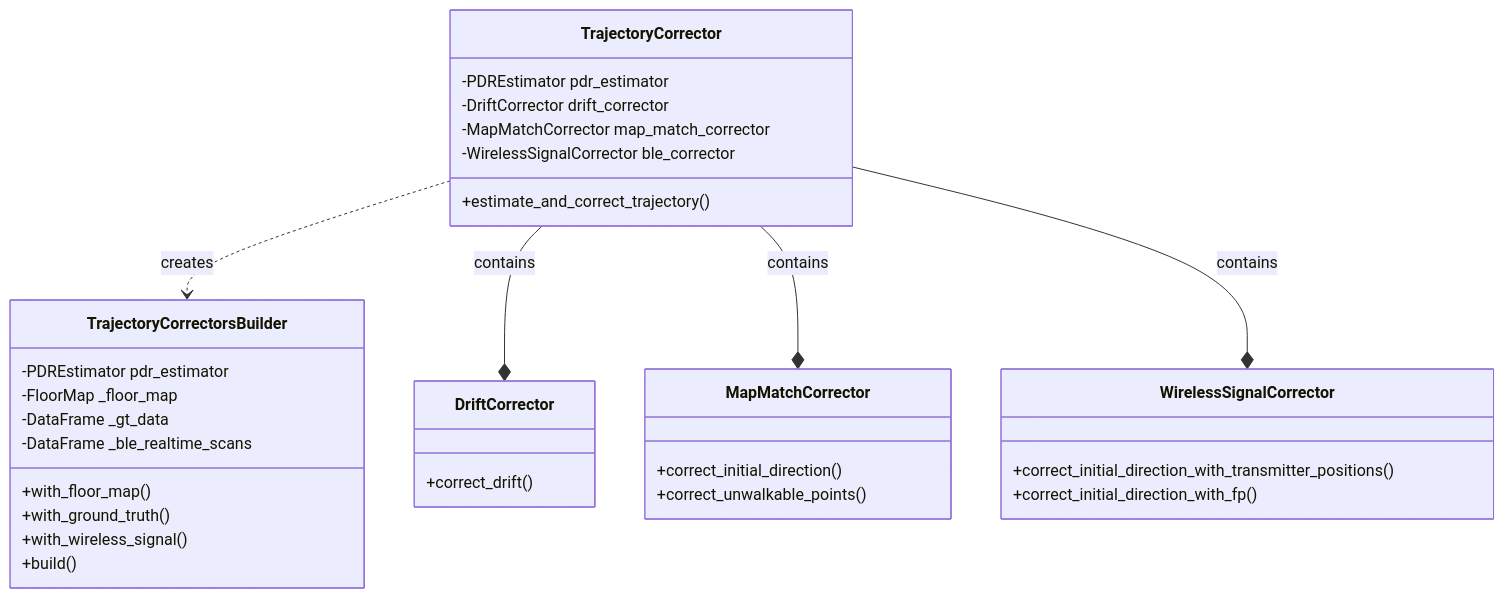
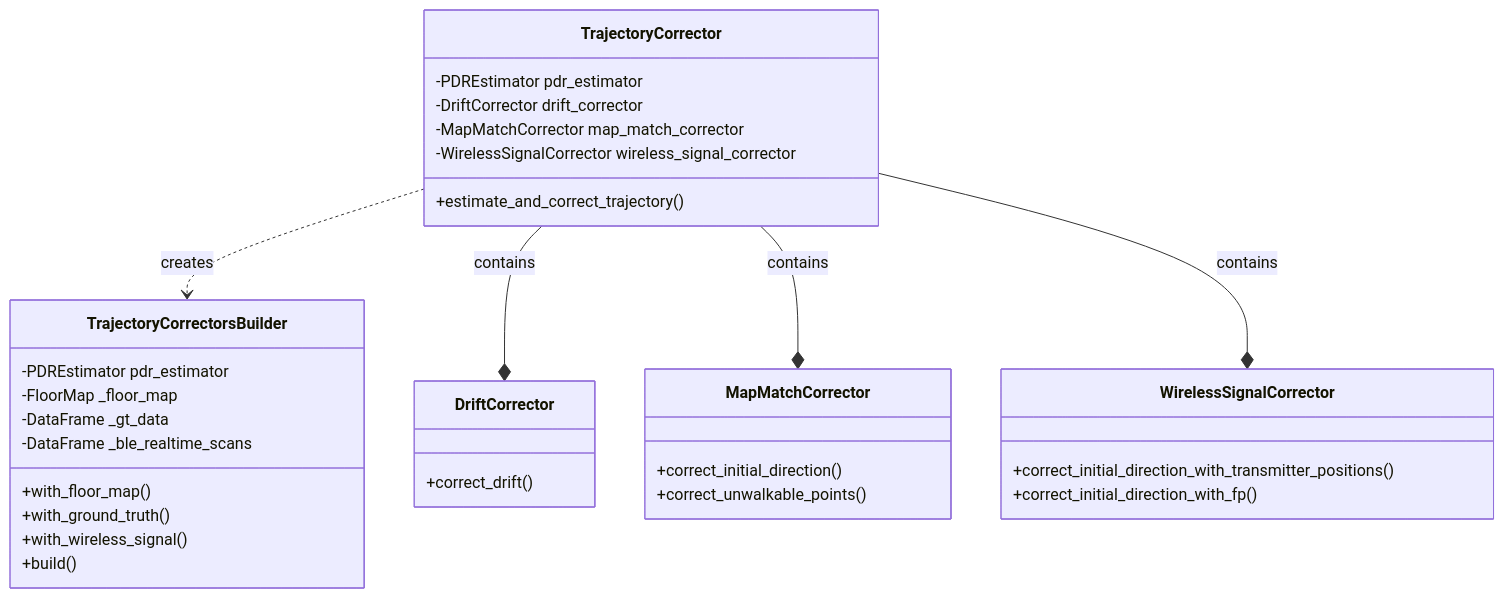
The diagram in docs/trajectory_corrector.md (kajiLabTeam/palkia), drawn with Mermaid before and after one commit. The commit also changed 1 other file, not shown here.

Commit message:
refactor: Rename ble_corrector to wireless_signal_corrector

````diff
--- a/docs/trajectory_corrector.md
+++ b/docs/trajectory_corrector.md
@@ -2,41 +2,41 @@
 ```mermaid
 classDiagram
     class TrajectoryCorrector {
         -PDREstimator pdr_estimator
         -DriftCorrector drift_corrector
         -MapMatchCorrector map_match_corrector
-        -WirelessSignalCorrector ble_corrector
+        -WirelessSignalCorrector wireless_signal_corrector
         +estimate_and_correct_trajectory()
     }
 
     class TrajectoryCorrectorsBuilder {
         -PDREstimator pdr_estimator
         -FloorMap _floor_map
         -DataFrame _gt_data
         -DataFrame _ble_realtime_scans
         +with_floor_map()
         +with_ground_truth()
         +with_wireless_signal()
         +build()
     }
 
     class DriftCorrector {
         +correct_drift()
     }
 
     class MapMatchCorrector {
         +correct_initial_direction()
         +correct_unwalkable_points()
     }
 
     class WirelessSignalCorrector {
         +correct_initial_direction_with_transmitter_positions()
         +correct_initial_direction_with_fp()
     }
 
     TrajectoryCorrector ..> TrajectoryCorrectorsBuilder : creates
     TrajectoryCorrector --* DriftCorrector : contains
     TrajectoryCorrector --* MapMatchCorrector : contains
     TrajectoryCorrector --* WirelessSignalCorrector : contains
 
 ```
````
